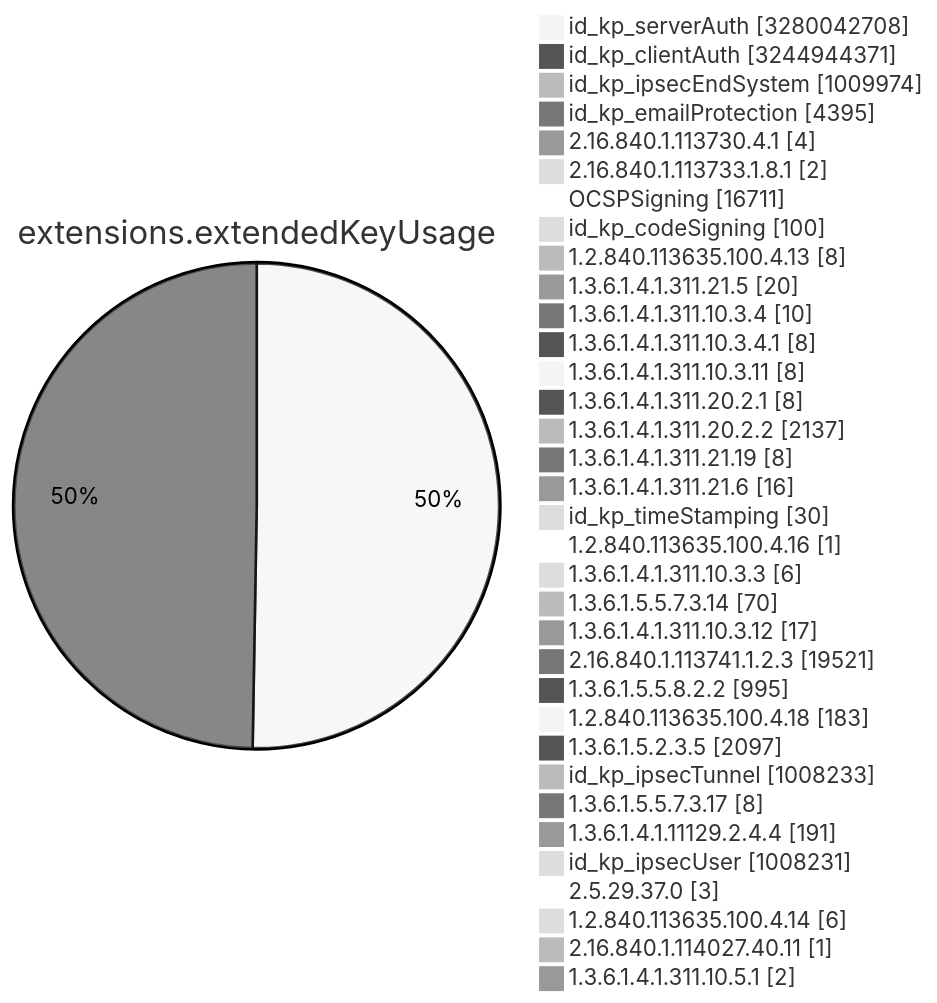
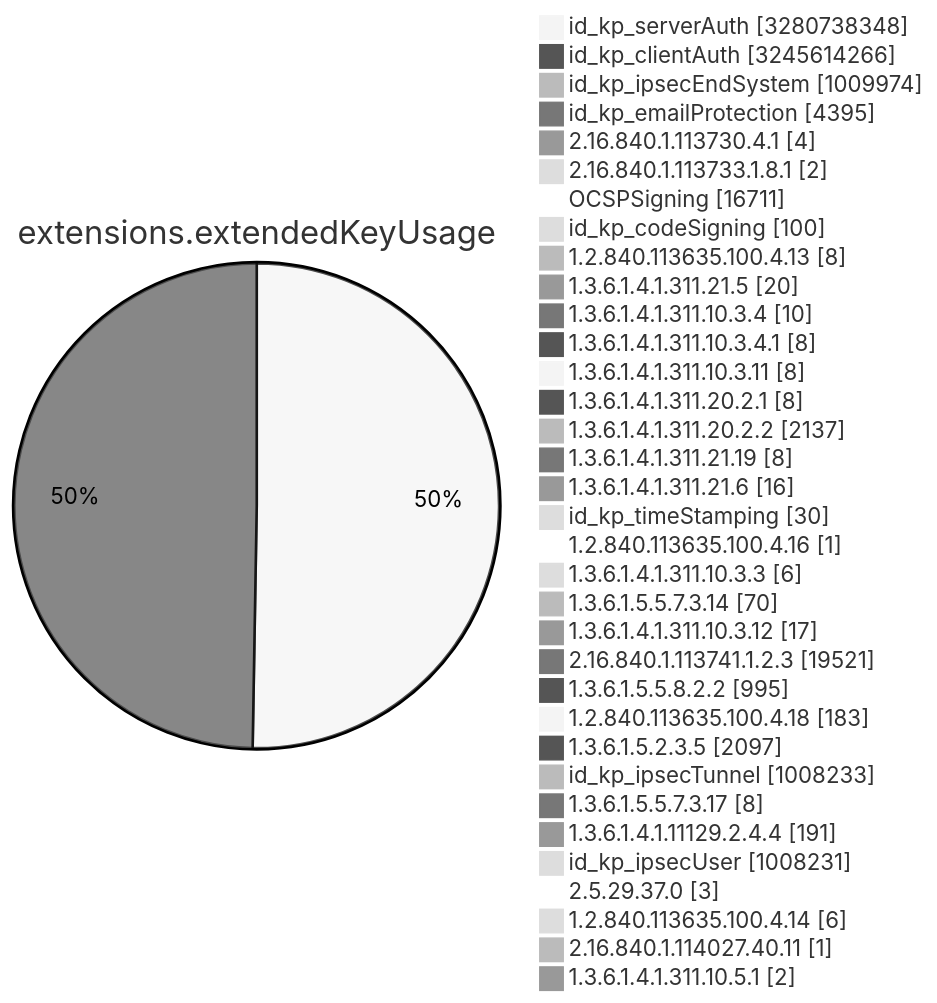
Diagram 11 of 15 in TOTAL/README.md (christiankrug/ctmonitor_visualization), drawn with Mermaid (neutral theme) before and after one commit. The commit also changed other lines of this file, not shown here.

````diff
--- a/TOTAL/README.md
+++ b/TOTAL/README.md
@@ -4119,38 +4119,38 @@
 ```mermaid
 pie showData
 title extensions.extendedKeyUsage
-"id_kp_serverAuth" :3280042708
-"id_kp_clientAuth" :3244944371
+"id_kp_serverAuth" :3280738348
+"id_kp_clientAuth" :3245614266
 "id_kp_ipsecEndSystem" :1009974
 "id_kp_emailProtection" :4395
 "2.16.840.1.113730.4.1" :4
 "2.16.840.1.113733.1.8.1" :2
 "OCSPSigning" :16711
 "id_kp_codeSigning" :100
 "1.2.840.113635.100.4.13" :8
 "1.3.6.1.4.1.311.21.5" :20
 "1.3.6.1.4.1.311.10.3.4" :10
 "1.3.6.1.4.1.311.10.3.4.1" :8
 "1.3.6.1.4.1.311.10.3.11" :8
 "1.3.6.1.4.1.311.20.2.1" :8
 "1.3.6.1.4.1.311.20.2.2" :2137
 "1.3.6.1.4.1.311.21.19" :8
 "1.3.6.1.4.1.311.21.6" :16
 "id_kp_timeStamping" :30
 "1.2.840.113635.100.4.16" :1
 "1.3.6.1.4.1.311.10.3.3" :6
 "1.3.6.1.5.5.7.3.14" :70
 "1.3.6.1.4.1.311.10.3.12" :17
 "2.16.840.1.113741.1.2.3" :19521
 "1.3.6.1.5.5.8.2.2" :995
 "1.2.840.113635.100.4.18" :183
 "1.3.6.1.5.2.3.5" :2097
 "id_kp_ipsecTunnel" :1008233
 "1.3.6.1.5.5.7.3.17" :8
 "1.3.6.1.4.1.11129.2.4.4" :191
 "id_kp_ipsecUser" :1008231
 "2.5.29.37.0" :3
 "1.2.840.113635.100.4.14" :6
 "2.16.840.1.114027.40.11" :1
 "1.3.6.1.4.1.311.10.5.1" :2
 ```
````
